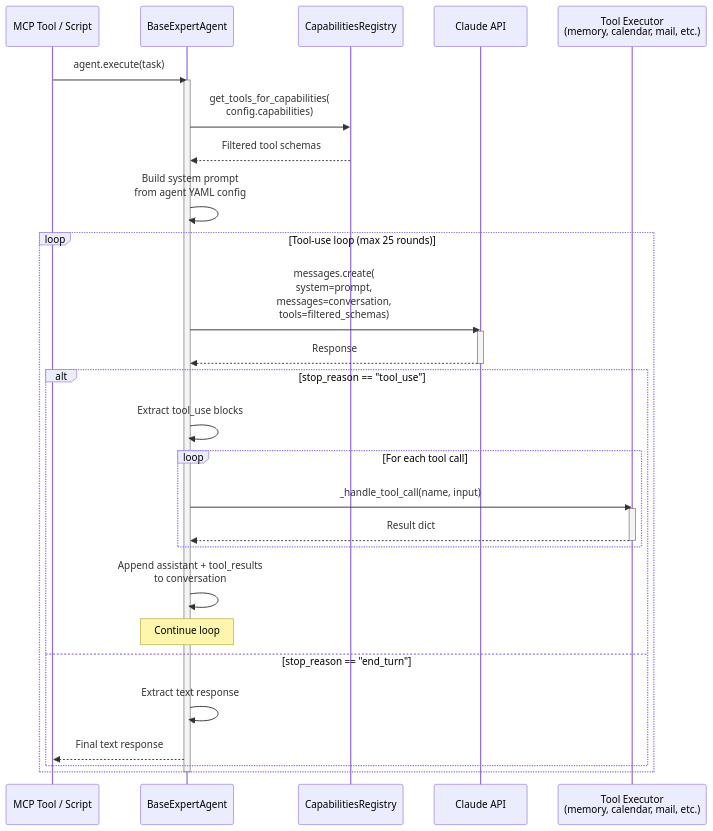
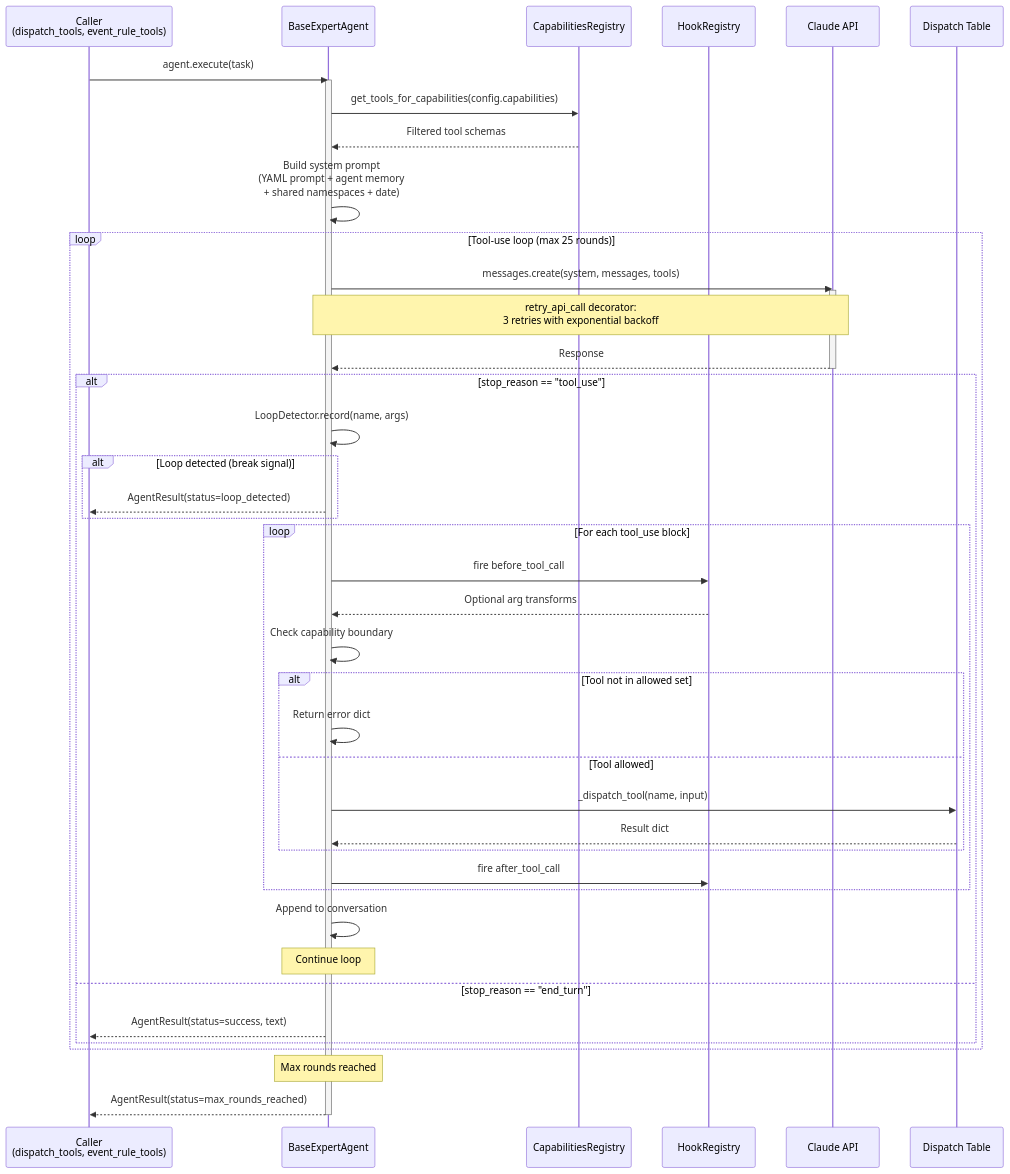
Before and after one commit to jrichyrich/chief-of-staff: the sixth of 18 diagrams in docs/architecture.md, drawn with Mermaid. The commit also changed other lines of this file and 9 other files, not shown here.

First line of the commit message:
docs: comprehensive documentation overhaul with architecture diagrams and ADRs

````diff
--- a/docs/architecture.md
+++ b/docs/architecture.md
@@ -392,43 +510,58 @@
 ```mermaid
 sequenceDiagram
-    participant Caller as MCP Tool / Script
+    participant Caller as Caller<br/>(dispatch_tools, event_rule_tools)
     participant Agent as BaseExpertAgent
     participant CapReg as CapabilitiesRegistry
+    participant Hooks as HookRegistry
     participant Claude as Claude API
-    participant ToolExec as Tool Executor<br/>(memory, calendar, mail, etc.)
+    participant Dispatch as Dispatch Table
 
     Caller->>Agent: agent.execute(task)
     activate Agent
 
-    Agent->>CapReg: get_tools_for_capabilities(<br/>config.capabilities)
+    Agent->>CapReg: get_tools_for_capabilities(config.capabilities)
     CapReg-->>Agent: Filtered tool schemas
 
-    Agent->>Agent: Build system prompt<br/>from agent YAML config
+    Agent->>Agent: Build system prompt<br/>(YAML prompt + agent memory<br/>+ shared namespaces + date)
 
     loop Tool-use loop (max 25 rounds)
-        Agent->>Claude: messages.create(<br/>  system=prompt,<br/>  messages=conversation,<br/>  tools=filtered_schemas)
+        Agent->>Claude: messages.create(system, messages, tools)
         activate Claude
+        Note over Agent,Claude: retry_api_call decorator:<br/>3 retries with exponential backoff
         Claude-->>Agent: Response
         deactivate Claude
 
         alt stop_reason == "tool_use"
-            Agent->>Agent: Extract tool_use blocks
+            Agent->>Agent: LoopDetector.record(name, args)
 
-            loop For each tool call
-                Agent->>ToolExec: _handle_tool_call(name, input)
-                activate ToolExec
-                ToolExec-->>Agent: Result dict
-                deactivate ToolExec
+            alt Loop detected (break signal)
+                Agent-->>Caller: AgentResult(status=loop_detected)
             end
 
-            Agent->>Agent: Append assistant + tool_results<br/>to conversation
+            loop For each tool_use block
+                Agent->>Hooks: fire before_tool_call
+                Hooks-->>Agent: Optional arg transforms
+
+                Agent->>Agent: Check capability boundary
+                alt Tool not in allowed set
+                    Agent->>Agent: Return error dict
+                else Tool allowed
+                    Agent->>Dispatch: _dispatch_tool(name, input)
+                    Dispatch-->>Agent: Result dict
+                end
+
+                Agent->>Hooks: fire after_tool_call
+            end
+
+            Agent->>Agent: Append to conversation
             Note over Agent: Continue loop
 
         else stop_reason == "end_turn"
-            Agent->>Agent: Extract text response
-            Agent-->>Caller: Final text response
+            Agent-->>Caller: AgentResult(status=success, text)
         end
     end
 
+    Note over Agent: Max rounds reached
+    Agent-->>Caller: AgentResult(status=max_rounds_reached)
     deactivate Agent
 ```
````
